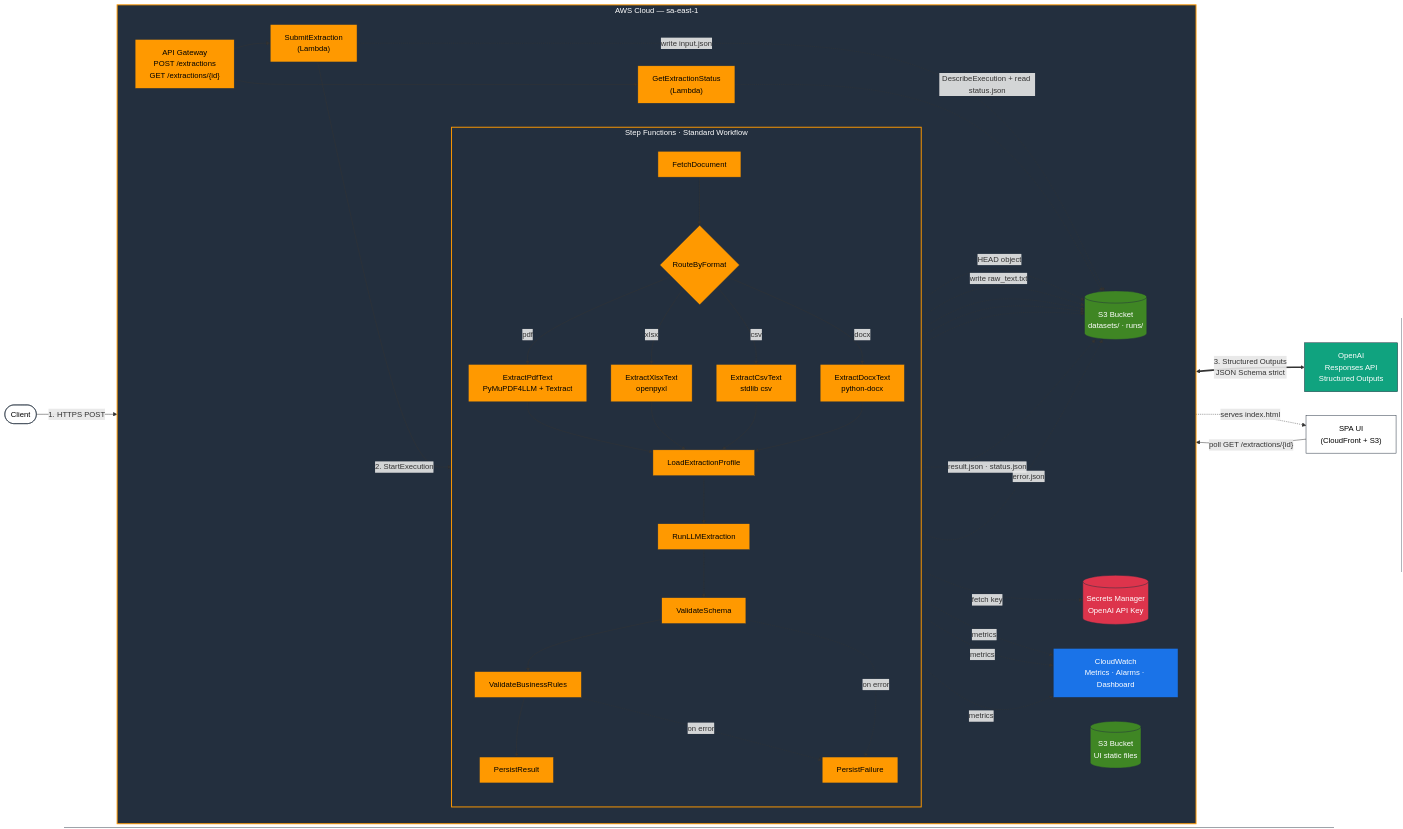
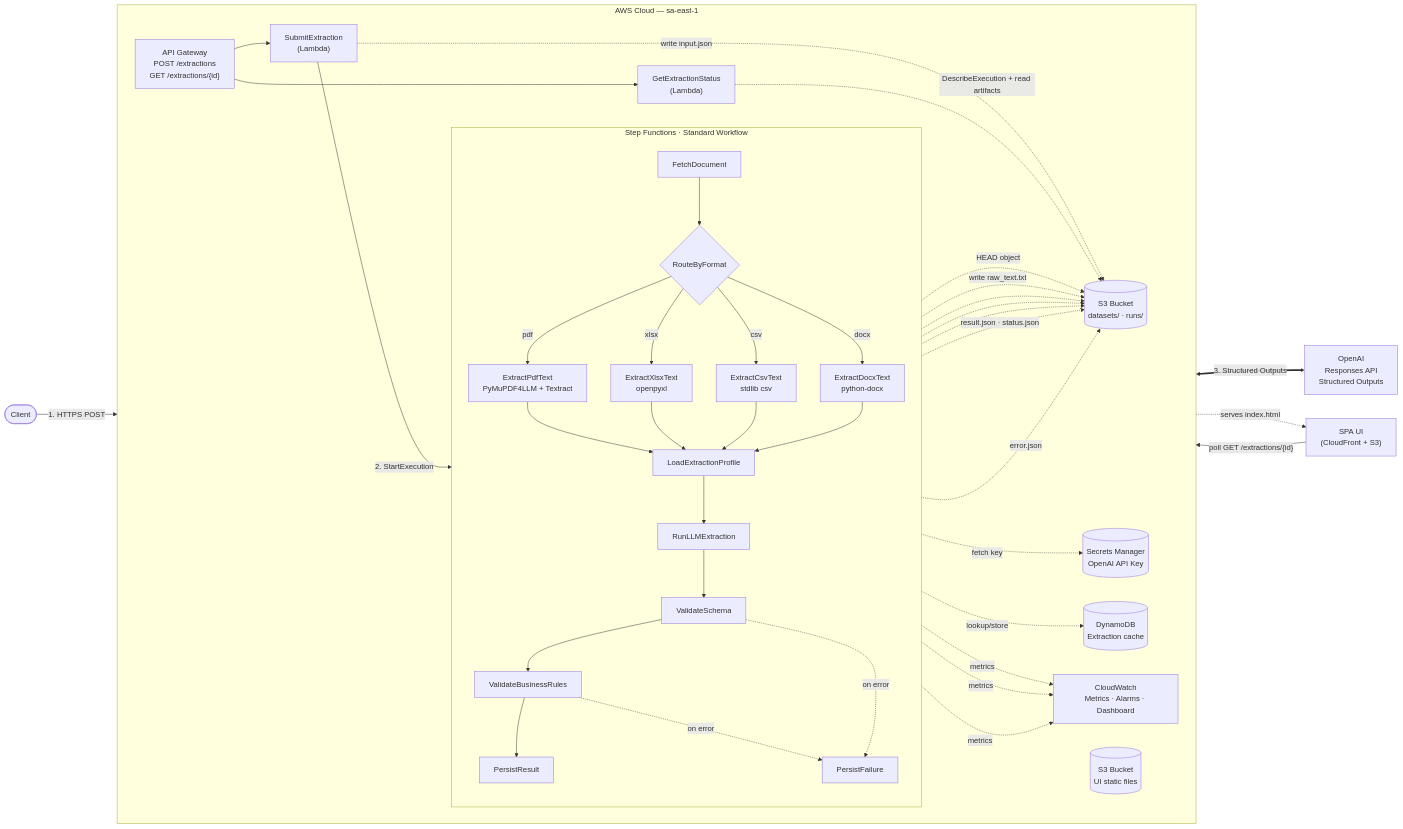
Before and after one commit to MaiconKevyn/aws-universal-extractor: the diagram in README.md, drawn with Mermaid. The commit also changed other lines of this file and 1 other file, not shown here.

````diff
--- a/README.md
+++ b/README.md
@@ -80,6 +102,7 @@
 
         S3[("S3 Bucket<br/>datasets/ · runs/")]
         UiS3[("S3 Bucket<br/>UI static files")]
+        Cache[("DynamoDB<br/>Extraction cache")]
         Secrets[("Secrets Manager<br/>OpenAI API Key")]
         CW["CloudWatch<br/>Metrics · Alarms · Dashboard"]
     end
@@ -98,28 +121,13 @@
     CSV -.-> S3
     DOCX -.-> S3
     LLM -.->|fetch key| Secrets
-    LLM <==>|"3. Structured Outputs<br/>JSON Schema strict"| OpenAI
+    LLM -.->|lookup/store| Cache
+    LLM <==>|"3. Structured Outputs"| OpenAI
     Persist -.->|result.json · status.json| S3
     Persist -.->|metrics| CW
     BizRules -.->|metrics| CW
     Fail -.->|error.json| S3
     Fail -.->|metrics| CW
-    GetStatus -.->|DescribeExecution + read status.json| S3
+    GetStatus -.->|DescribeExecution + read artifacts| S3
     UiS3 -.->|serves index.html| UI
-
-    classDef aws fill:#232F3E,stroke:#FF9900,stroke-width:2px,color:#fff
-    classDef lambda fill:#FF9900,stroke:#232F3E,color:#000
-    classDef storage fill:#3F8624,stroke:#232F3E,color:#fff
-    classDef sec fill:#DD344C,stroke:#232F3E,color:#fff
-    classDef ext fill:#10a37f,stroke:#232F3E,color:#fff
-    classDef client fill:#fff,stroke:#232F3E,color:#000
-    classDef monitor fill:#1a73e8,stroke:#232F3E,color:#fff
-
-    class APIGW,Submit,GetStatus,Fetch,Route,PDF,XLSX,CSV,DOCX,Load,LLM,Validate,BizRules,Persist,Fail lambda
-    class S3,UiS3 storage
-    class Secrets sec
-    class OpenAI ext
-    class Client,UI client
-    class CW monitor
-    class AWS,SFN aws
 ```
````
